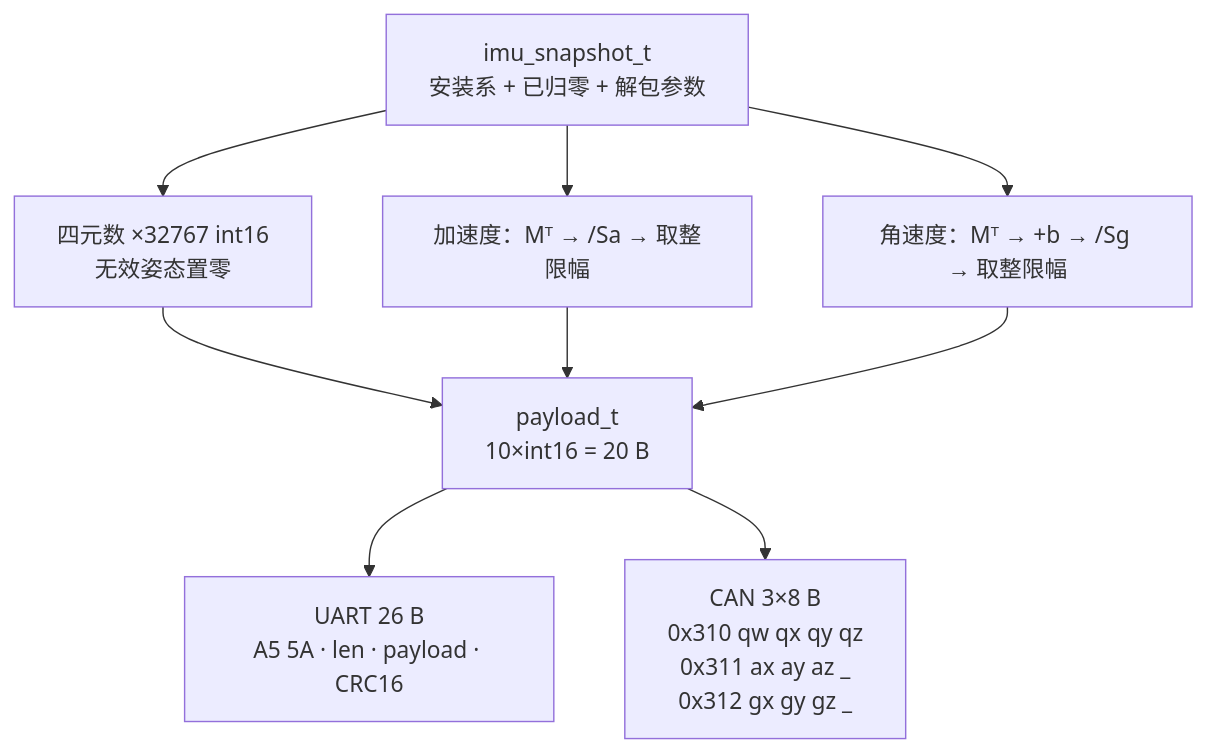
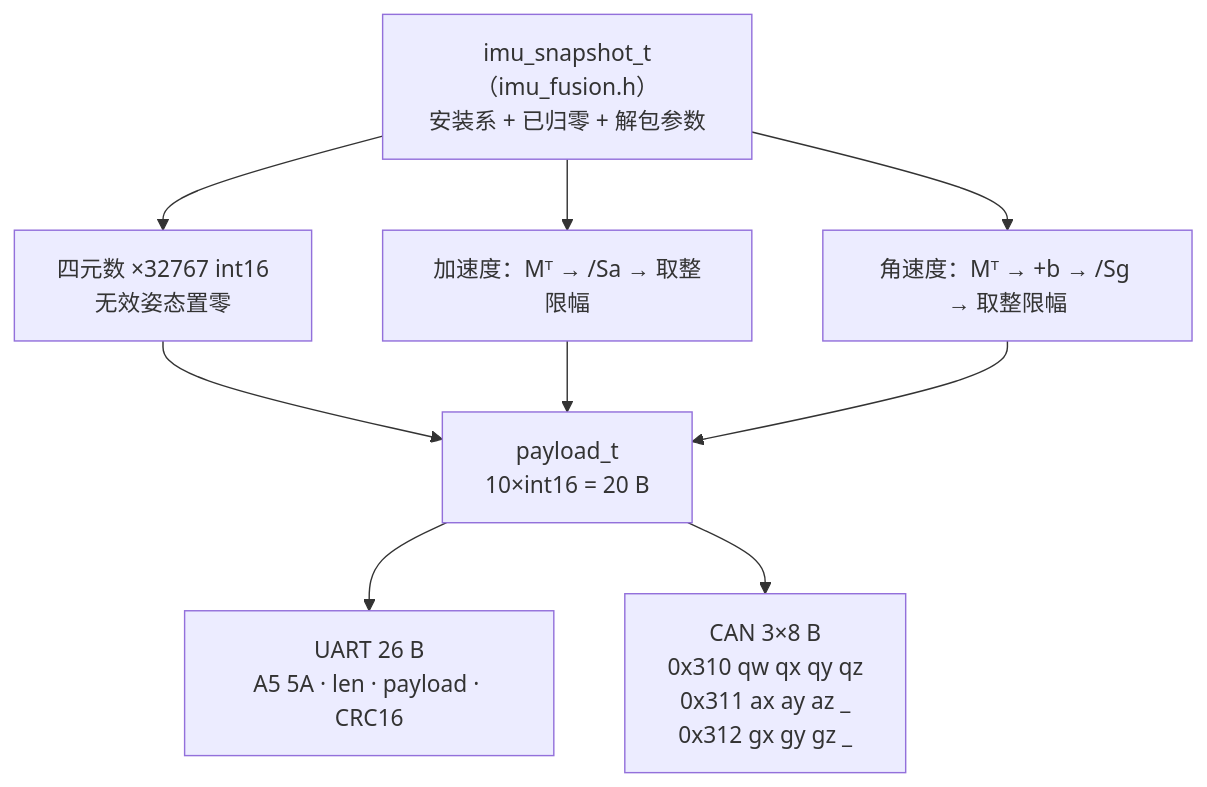
The fifth of 5 diagrams in STRUCTURE.md (zhou-ee/g431cbu6_imu), drawn with Mermaid before and after one commit. The commit also changed other lines of this file and 4 other files, not shown here.

````diff
--- a/STRUCTURE.md
+++ b/STRUCTURE.md
@@ -148,12 +148,12 @@
 ```mermaid
 flowchart TD
-    S["imu_snapshot_t<br/>安装系 + 已归零 + 解包参数"]
+    S["imu_snapshot_t（imu_fusion.h）<br/>安装系 + 已归零 + 解包参数"]
     S --> Q["四元数 ×32767 int16<br/>无效姿态置零"]
     S --> AC["加速度：Mᵀ → /Sa → 取整限幅"]
     S --> GY["角速度：Mᵀ → +b → /Sg → 取整限幅"]
     Q --> P["payload_t<br/>10×int16 = 20 B"]
     AC --> P
     GY --> P
     P --> U["UART 26 B<br/>A5 5A · len · payload · CRC16"]
     P --> C["CAN 3×8 B<br/>0x310 qw qx qy qz<br/>0x311 ax ay az _<br/>0x312 gx gy gz _"]
 ```
````
